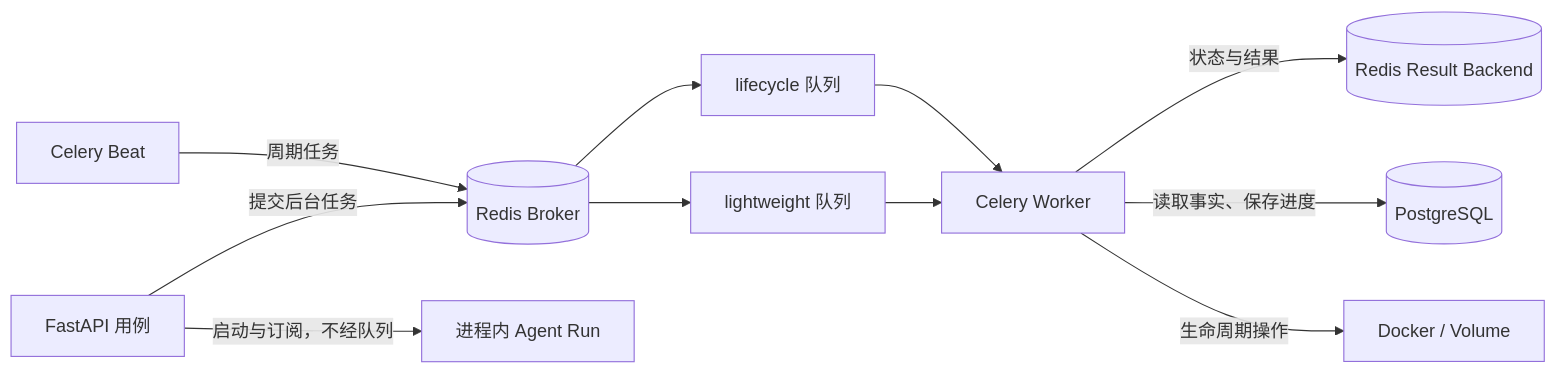
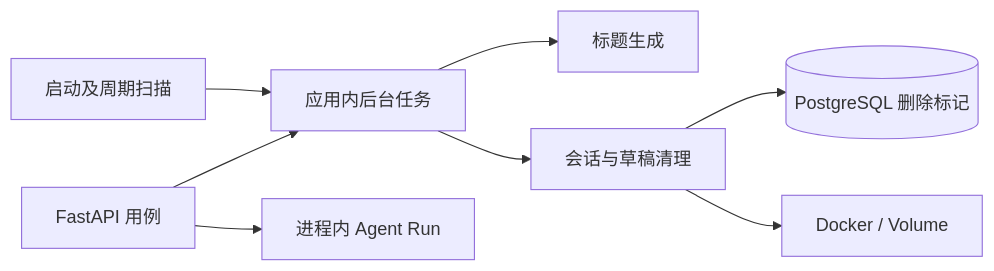
One commit to 2739673455/dataagent changed the fourth of 4 diagrams in docs/00_架构与协作总览.md. Above: the diagram before and after it, drawn with Mermaid. The commit also changed other lines of this file and 69 other files, not shown here.

````diff
--- a/docs/00_架构与协作总览.md
+++ b/docs/00_架构与协作总览.md
@@ -696,13 +675,10 @@
 ```mermaid
 flowchart LR
-    API[FastAPI 用例] -->|提交后台任务| BROKER[(Redis Broker)]
-    BEAT[Celery Beat] -->|周期任务| BROKER
-    BROKER --> LIGHT[lightweight 队列]
-    BROKER --> LIFE[lifecycle 队列]
-    LIGHT --> WORKER[Celery Worker]
-    LIFE --> WORKER
-    WORKER -->|状态与结果| RESULT[(Redis Result Backend)]
-    WORKER -->|读取事实、保存进度| PG[(PostgreSQL)]
-    WORKER -->|生命周期操作| DOCKER[Docker / Volume]
-    API -->|启动与订阅，不经队列| RUN[进程内 Agent Run]
+    API[FastAPI 用例] --> TASKS[应用内后台任务]
+    TIMER[启动及周期扫描] --> TASKS
+    TASKS --> TITLE[标题生成]
+    TASKS --> CLEAN[会话与草稿清理]
+    CLEAN --> PG[(PostgreSQL 删除标记)]
+    CLEAN --> DOCKER[Docker / Volume]
+    API --> RUN[进程内 Agent Run]
 ```
````
